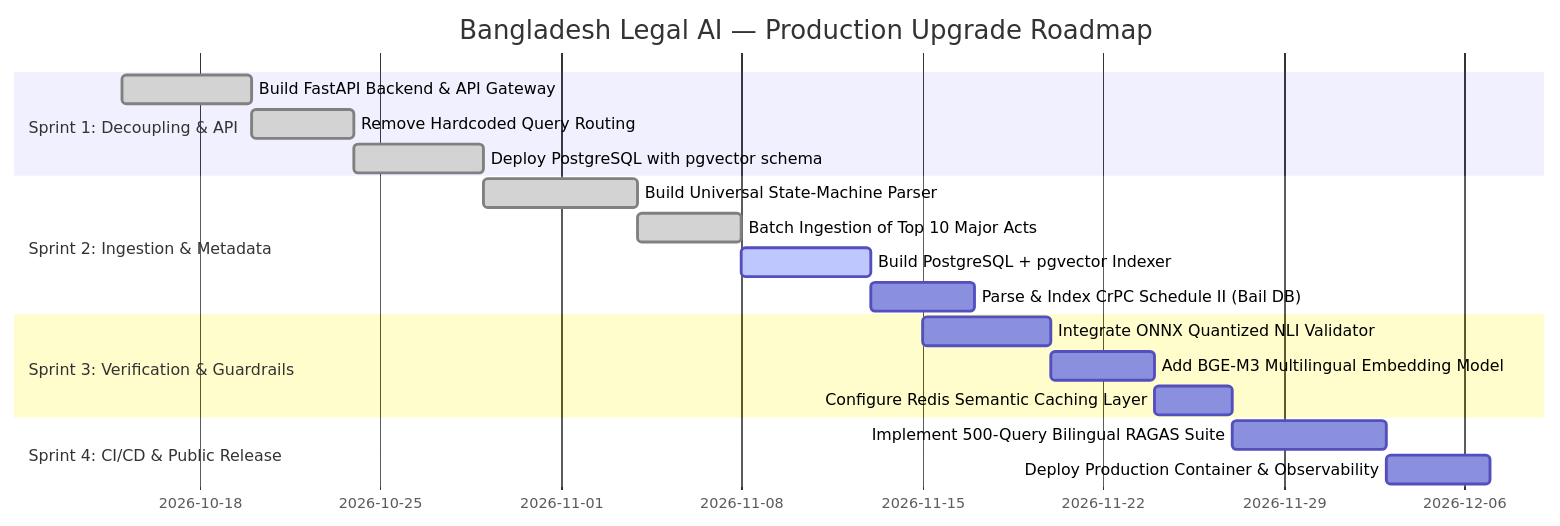
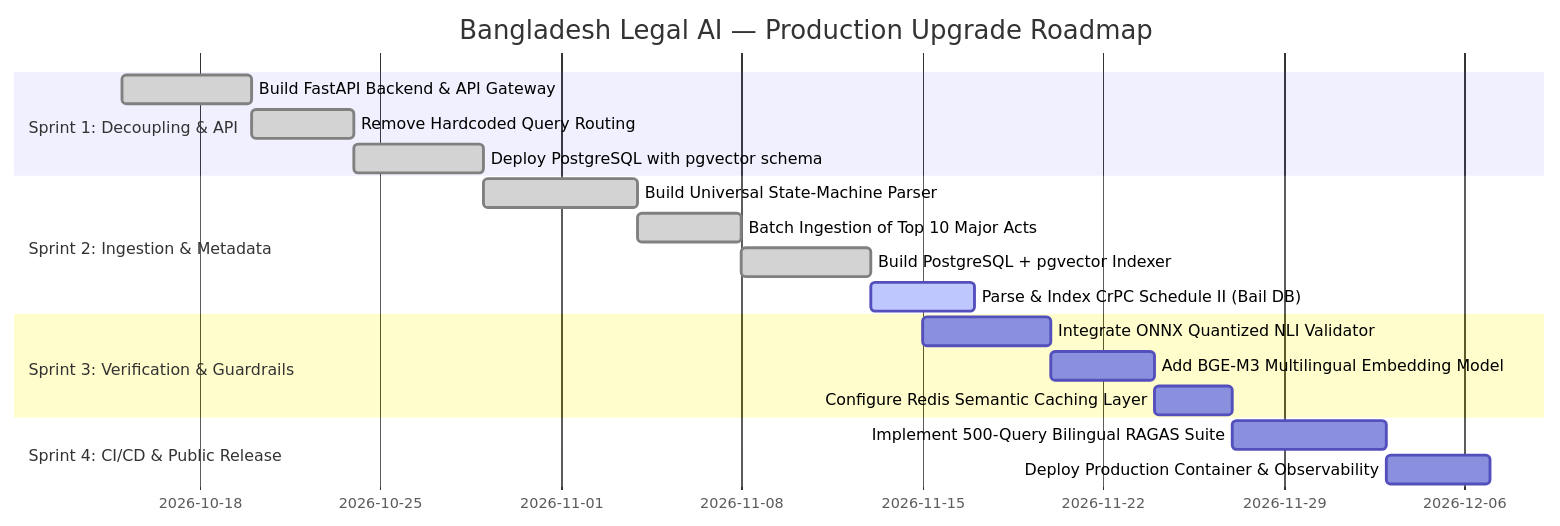
Before and after one commit to bringerofdarkness/bd-legal-ai: the third of 3 diagrams in docs/PRODUCTION_ARCHITECTURE_AND_ROADMAP.md, drawn with Mermaid. The commit also changed other lines of this file and 5 other files, not shown here.

Commit message:
feat(ingestion): build PostgreSQL pgvector batch indexer with GraphRAG links (1,079 sections indexed)

````diff
--- a/docs/PRODUCTION_ARCHITECTURE_AND_ROADMAP.md
+++ b/docs/PRODUCTION_ARCHITECTURE_AND_ROADMAP.md
@@ -394,21 +394,21 @@
 ```mermaid
 gantt
     title Bangladesh Legal AI — Production Upgrade Roadmap
     dateFormat  YYYY-MM-DD
     section Sprint 1: Decoupling & API
     Build FastAPI Backend & API Gateway       :done, s1_1, 2026-10-15, 5d
     Remove Hardcoded Query Routing            :done, s1_2, 2026-10-20, 4d
     Deploy PostgreSQL with pgvector schema    :done, s1_3, 2026-10-24, 5d
     section Sprint 2: Ingestion & Metadata
     Build Universal State-Machine Parser      :done, s2_1, 2026-10-29, 6d
     Batch Ingestion of Top 10 Major Acts      :done, s2_2, 2026-11-04, 4d
-    Build PostgreSQL + pgvector Indexer       :active, s2_3, 2026-11-08, 5d
-    Parse & Index CrPC Schedule II (Bail DB)  :s2_4, 2026-11-13, 4d
+    Build PostgreSQL + pgvector Indexer       :done, s2_3, 2026-11-08, 5d
+    Parse & Index CrPC Schedule II (Bail DB)  :active, s2_4, 2026-11-13, 4d
     section Sprint 3: Verification & Guardrails
     Integrate ONNX Quantized NLI Validator    :s3_1, 2026-11-15, 5d
     Add BGE-M3 Multilingual Embedding Model   :s3_2, 2026-11-20, 4d
     Configure Redis Semantic Caching Layer    :s3_3, 2026-11-24, 3d
     section Sprint 4: CI/CD & Public Release
     Implement 500-Query Bilingual RAGAS Suite :s4_1, 2026-11-27, 6d
     Deploy Production Container & Observability:s4_2, 2026-12-03, 4d
 ```
````
